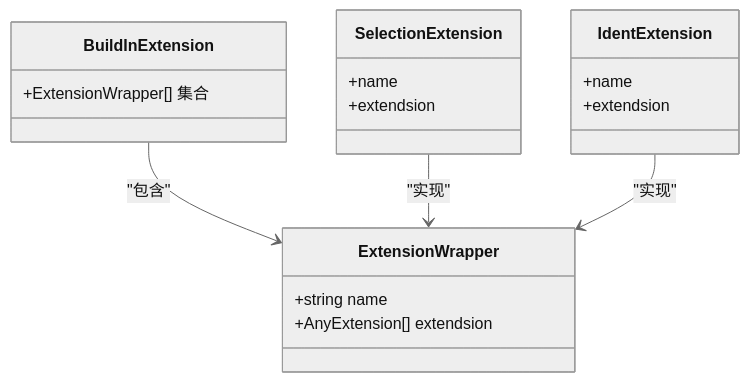
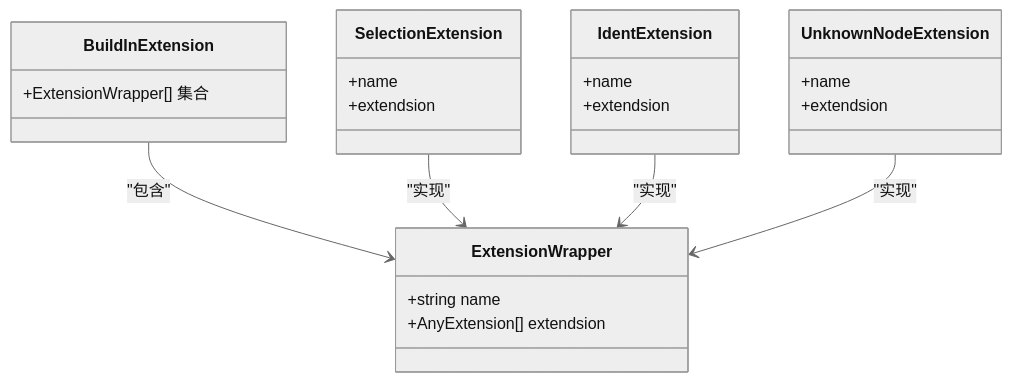
The sixth of 12 diagrams in .qoder/repowiki/zh/content/架构设计/编辑器内核架构/编辑器内核架构.md (LRF0422/Kotion), drawn with Mermaid (neutral theme) before and after one commit. The commit also changed other lines of this file and 23 other files, not shown here.

````diff
--- a/.qoder/repowiki/zh/content/架构设计/编辑器内核架构/编辑器内核架构.md
+++ b/.qoder/repowiki/zh/content/架构设计/编辑器内核架构/编辑器内核架构.md
@@ -361,21 +379,26 @@
 ```mermaid
 classDiagram
 class ExtensionWrapper {
 +string name
 +AnyExtension[] extendsion
 }
 class BuildInExtension {
 +ExtensionWrapper[] 集合
 }
 class SelectionExtension {
 +name
 +extendsion
 }
 class IdentExtension {
 +name
 +extendsion
 }
+class UnknownNodeExtension {
++name
++extendsion
+}
 BuildInExtension --> ExtensionWrapper : "包含"
 SelectionExtension --> ExtensionWrapper : "实现"
 IdentExtension --> ExtensionWrapper : "实现"
+UnknownNodeExtension --> ExtensionWrapper : "实现"
 ```
````
